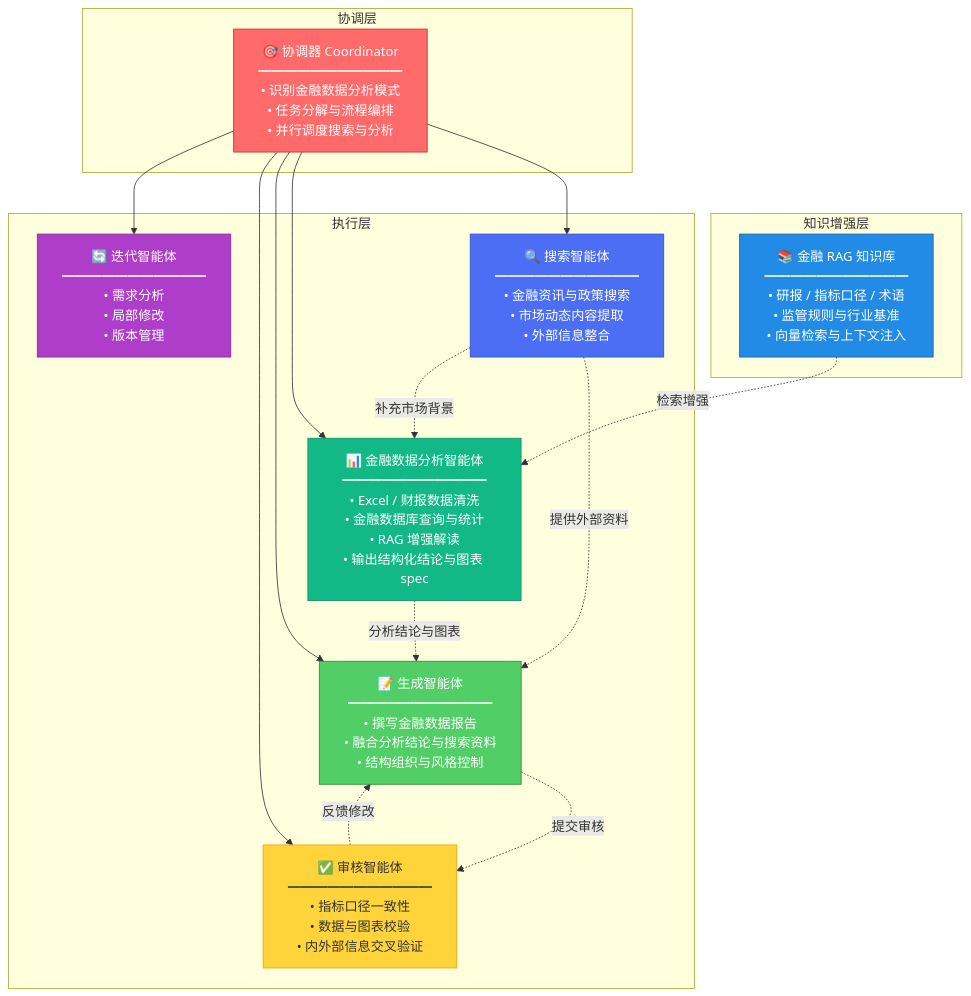
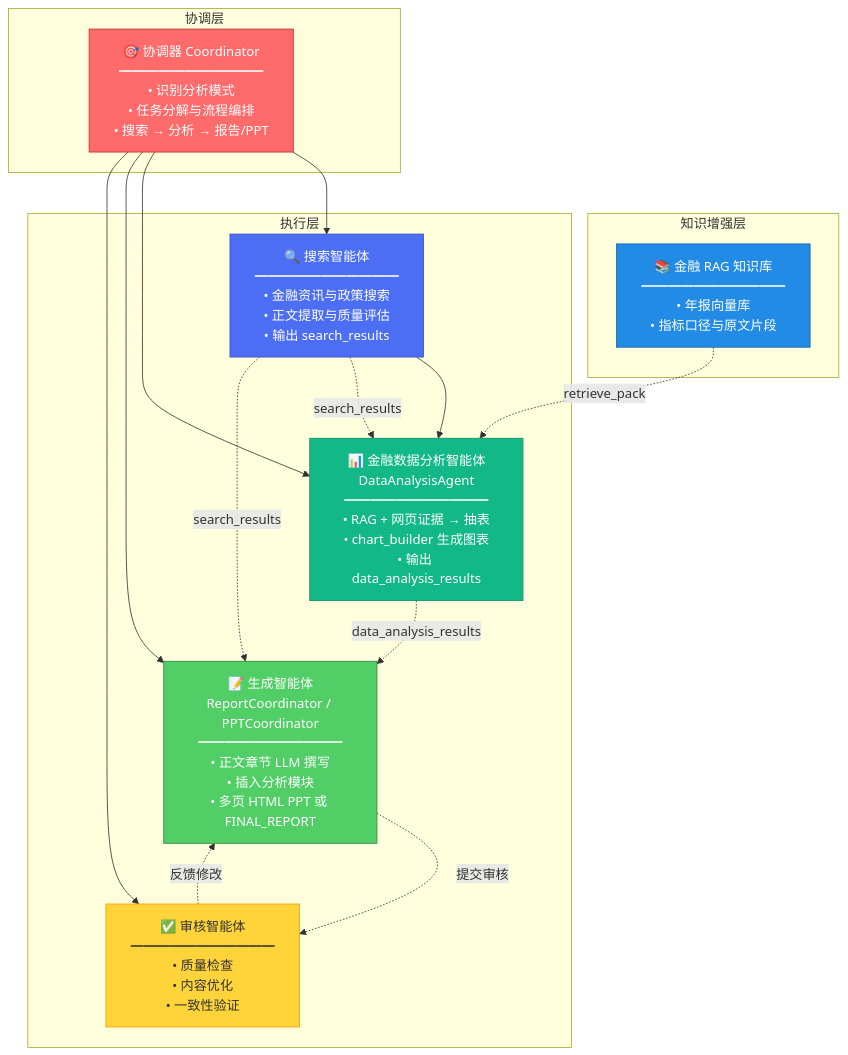
Before and after one commit to Iridescent0914/xunlong-pro: the first of 7 diagrams in docs/项目UML图_lly.md, drawn with Mermaid. The commit also changed other lines of this file and 6 other files, not shown here.

Commit message:
解决图表输出为空的问题

````diff
--- a/docs/项目UML图_lly.md
+++ b/docs/项目UML图_lly.md
@@ -5,46 +5,42 @@
 ```mermaid
 graph TD
     subgraph "协调层"
-        Coordinator["🎯 协调器 Coordinator<br/>━━━━━━━━━━━<br/>• 识别金融数据分析模式<br/>• 任务分解与流程编排<br/>• 并行调度搜索与分析"]
+        Coordinator["🎯 协调器 Coordinator<br/>━━━━━━━━━━━<br/>• 识别分析模式<br/>• 任务分解与流程编排<br/>• 搜索 → 分析 → 报告/PPT"]
     end
 
     subgraph "知识增强层"
-        RAG["📚 金融 RAG 知识库<br/>━━━━━━━━━━━<br/>• 研报 / 指标口径 / 术语<br/>• 监管规则与行业基准<br/>• 向量检索与上下文注入"]
+        RAG["📚 金融 RAG 知识库<br/>━━━━━━━━━━━<br/>• 年报向量库 <br/>• 指标口径与原文片段"]
     end
 
     subgraph "执行层"
-        SearchAgent["🔍 搜索智能体<br/>━━━━━━━━━━━<br/>• 金融资讯与政策搜索<br/>• 市场动态内容提取<br/>• 外部信息整合"]
+        SearchAgent["🔍 搜索智能体<br/>━━━━━━━━━━━<br/>• 金融资讯与政策搜索<br/>• 正文提取与质量评估<br/>• 输出 search_results"]
 
-        AnalysisAgent["📊 金融数据分析智能体<br/>━━━━━━━━━━━<br/>• Excel / 财报数据清洗<br/>• 金融数据库查询与统计<br/>• RAG 增强解读<br/>• 输出结构化结论与图表 spec"]
+        AnalysisAgent["📊 金融数据分析智能体<br/>DataAnalysisAgent<br/>━━━━━━━━━━━<br/>• RAG + 网页证据 → 抽表<br/>• chart_builder 生成图表<br/>• 输出 data_analysis_results"]
 
-        GenerationAgent["📝 生成智能体<br/>━━━━━━━━━━━<br/>• 撰写金融数据报告<br/>• 融合分析结论与搜索资料<br/>• 结构组织与风格控制"]
+        GenerationAgent["📝 生成智能体<br/>ReportCoordinator / PPTCoordinator<br/>━━━━━━━━━━━<br/>• 正文章节 LLM 撰写<br/>• 插入分析模块<br/>• 多页 HTML PPT 或 FINAL_REPORT"]
 
-        ReviewAgent["✅ 审核智能体<br/>━━━━━━━━━━━<br/>• 指标口径一致性<br/>• 数据与图表校验<br/>• 内外部信息交叉验证"]
-
-        IterationAgent["🔄 迭代智能体<br/>━━━━━━━━━━━<br/>• 需求分析<br/>• 局部修改<br/>• 版本管理"]
+        ReviewAgent["✅ 审核智能体<br/>━━━━━━━━━━━<br/>• 质量检查<br/>• 内容优化<br/>• 一致性验证"]
     end
 
     Coordinator --> SearchAgent
+    SearchAgent --> AnalysisAgent
     Coordinator --> AnalysisAgent
     Coordinator --> GenerationAgent
     Coordinator --> ReviewAgent
-    Coordinator --> IterationAgent
 
-    RAG -.检索增强.-> AnalysisAgent
+    RAG -.retrieve_pack.-> AnalysisAgent
+    SearchAgent -.search_results.-> AnalysisAgent
 
-    SearchAgent -.提供外部资料.-> GenerationAgent
-    SearchAgent -.补充市场背景.-> AnalysisAgent
-
-    AnalysisAgent -.分析结论与图表.-> GenerationAgent
+    AnalysisAgent -.data_analysis_results.-> GenerationAgent
+    SearchAgent -.search_results.-> GenerationAgent
 
     GenerationAgent -.提交审核.-> ReviewAgent
     ReviewAgent -.反馈修改.-> GenerationAgent
 
     style Coordinator fill:#ff6b6b,stroke:#c92a2a,color:#fff
     style RAG fill:#228be6,stroke:#1864ab,color:#fff
     style SearchAgent fill:#4c6ef5,stroke:#364fc7,color:#fff
     style AnalysisAgent fill:#12b886,stroke:#099268,color:#fff
     style GenerationAgent fill:#51cf66,stroke:#2b8a3e,color:#fff
     style ReviewAgent fill:#ffd43b,stroke:#f59f00,color:#333
-    style IterationAgent fill:#ae3ec9,stroke:#862e9c,color:#fff
 ```
````
